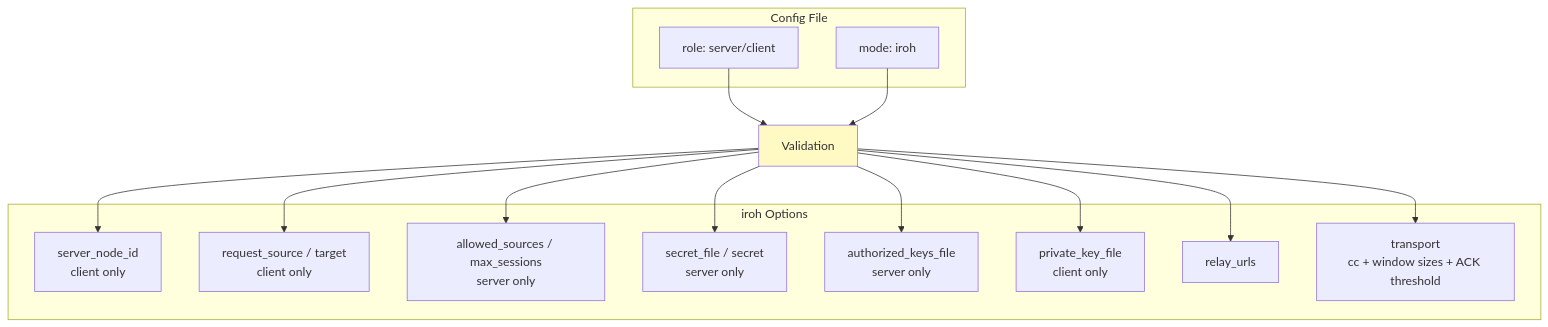
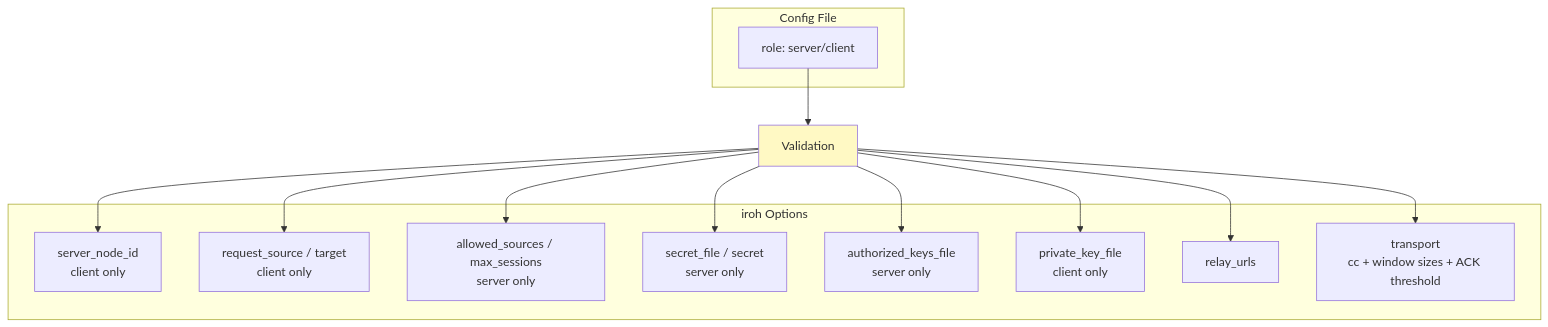
Before and after one commit to andrewtheguy/tunnel-rs: the ninth of 18 diagrams in docs/ARCHITECTURE.md, drawn with Mermaid. The commit also changed other lines of this file and 19 other files, not shown here.

First line of the commit message:
Align iroh docs with the shared architecture repo and drop the `mode` key (#110)

````diff
--- a/docs/ARCHITECTURE.md
+++ b/docs/ARCHITECTURE.md
@@ -344,31 +324,29 @@
 ```mermaid
 graph TB
     subgraph "Config File"
         A[role: server/client]
-        B[mode: iroh]
     end
 
     subgraph "iroh Options"
         C[server_node_id<br/>client only]
         D[request_source / target<br/>client only]
         E[allowed_sources / max_sessions<br/>server only]
         F[secret_file / secret<br/>server only]
         G[authorized_keys_file<br/>server only]
         H[private_key_file<br/>client only]
         I[relay_urls]
         J[transport<br/>cc + window sizes + ACK threshold]
     end
 
     A --> S[Validation]
-    B --> S
     S --> C
     S --> D
     S --> E
     S --> F
     S --> G
     S --> H
     S --> I
     S --> J
 
     style S fill:#FFF9C4
 ```
````
